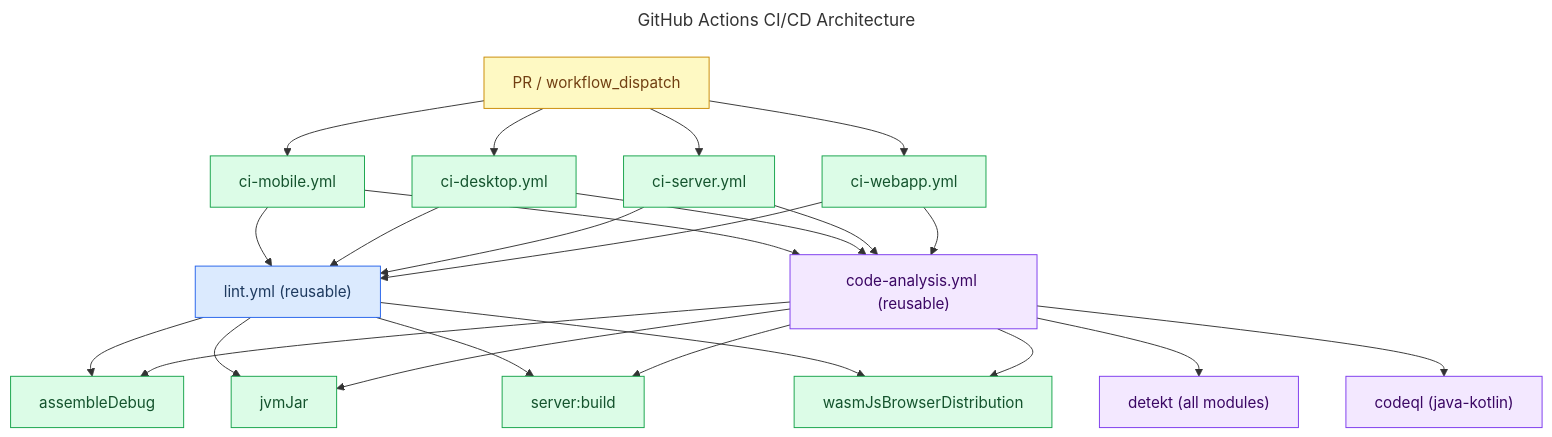
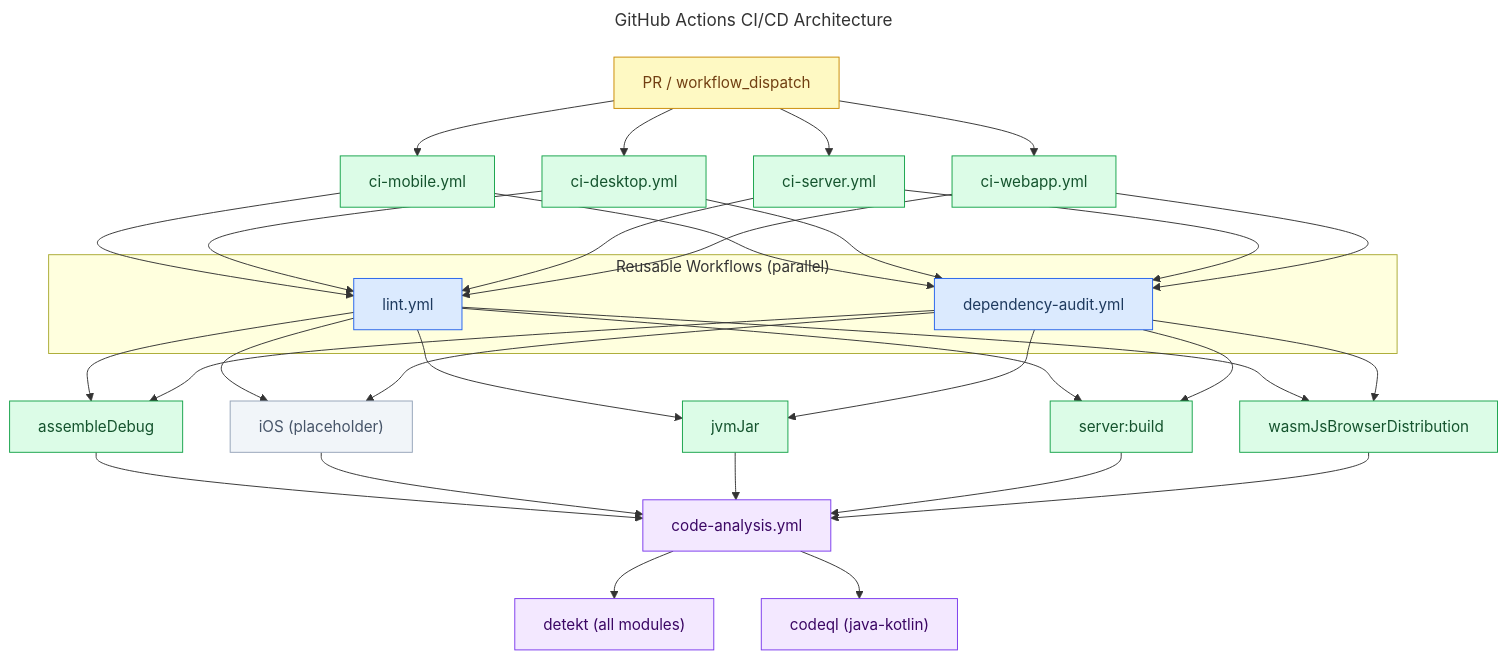
The diagram in docs/technical/ci-cd.md (alopesmendes/TodoistIA), drawn with Mermaid before and after one commit. The commit also changed other lines of this file and 7 other files, not shown here.

````diff
--- a/docs/technical/ci-cd.md
+++ b/docs/technical/ci-cd.md
@@ -98,40 +210,53 @@
 ```mermaid
 ---
 title: GitHub Actions CI/CD Architecture
 ---
 %%{init: {'flowchart': {'curve': 'orthogonal'}}}%%
 graph TD
     classDef trigger fill:#fef9c3,stroke:#ca8a04,color:#713f12
     classDef reusable fill:#dbeafe,stroke:#2563eb,color:#1e3a5f
     classDef build fill:#dcfce7,stroke:#16a34a,color:#14532d
     classDef analysis fill:#f3e8ff,stroke:#7c3aed,color:#3b0764
+    classDef placeholder fill:#f1f5f9,stroke:#94a3b8,color:#475569
 
     PR["PR / workflow_dispatch"]:::trigger
 
     PR --> Mobile["ci-mobile.yml"]:::build
     PR --> Desktop["ci-desktop.yml"]:::build
     PR --> Server["ci-server.yml"]:::build
     PR --> Webapp["ci-webapp.yml"]:::build
 
-    Mobile --> Lint["lint.yml (reusable)"]:::reusable
+    subgraph "Reusable Workflows (parallel)"
+        Lint["lint.yml"]:::reusable
+        Audit["dependency-audit.yml"]:::reusable
+    end
+
+    Mobile --> Lint
+    Mobile --> Audit
     Desktop --> Lint
+    Desktop --> Audit
     Server --> Lint
+    Server --> Audit
     Webapp --> Lint
+    Webapp --> Audit
 
-    Mobile --> CA["code-analysis.yml (reusable)"]:::analysis
-    Desktop --> CA
-    Server --> CA
-    Webapp --> CA
+    Lint --> BuildAndroid["assembleDebug"]:::build
+    Audit --> BuildAndroid
+    Lint --> BuildIOS["iOS (placeholder)"]:::placeholder
+    Audit --> BuildIOS
+    Lint --> BuildDesktop["jvmJar"]:::build
+    Audit --> BuildDesktop
+    Lint --> BuildServer["server:build"]:::build
+    Audit --> BuildServer
+    Lint --> BuildWasm["wasmJsBrowserDistribution"]:::build
+    Audit --> BuildWasm
+
+    BuildAndroid --> CA["code-analysis.yml"]:::analysis
+    BuildIOS --> CA
+    BuildDesktop --> CA
+    BuildServer --> CA
+    BuildWasm --> CA
 
     CA --> Detekt["detekt (all modules)"]:::analysis
     CA --> CodeQL["codeql (java-kotlin)"]:::analysis
-
-    Lint --> BuildMobile["assembleDebug"]:::build
-    CA --> BuildMobile
-    Lint --> BuildDesktop["jvmJar"]:::build
-    CA --> BuildDesktop
-    Lint --> BuildServer["server:build"]:::build
-    CA --> BuildServer
-    Lint --> BuildWasm["wasmJsBrowserDistribution"]:::build
-    CA --> BuildWasm
 ```
````
